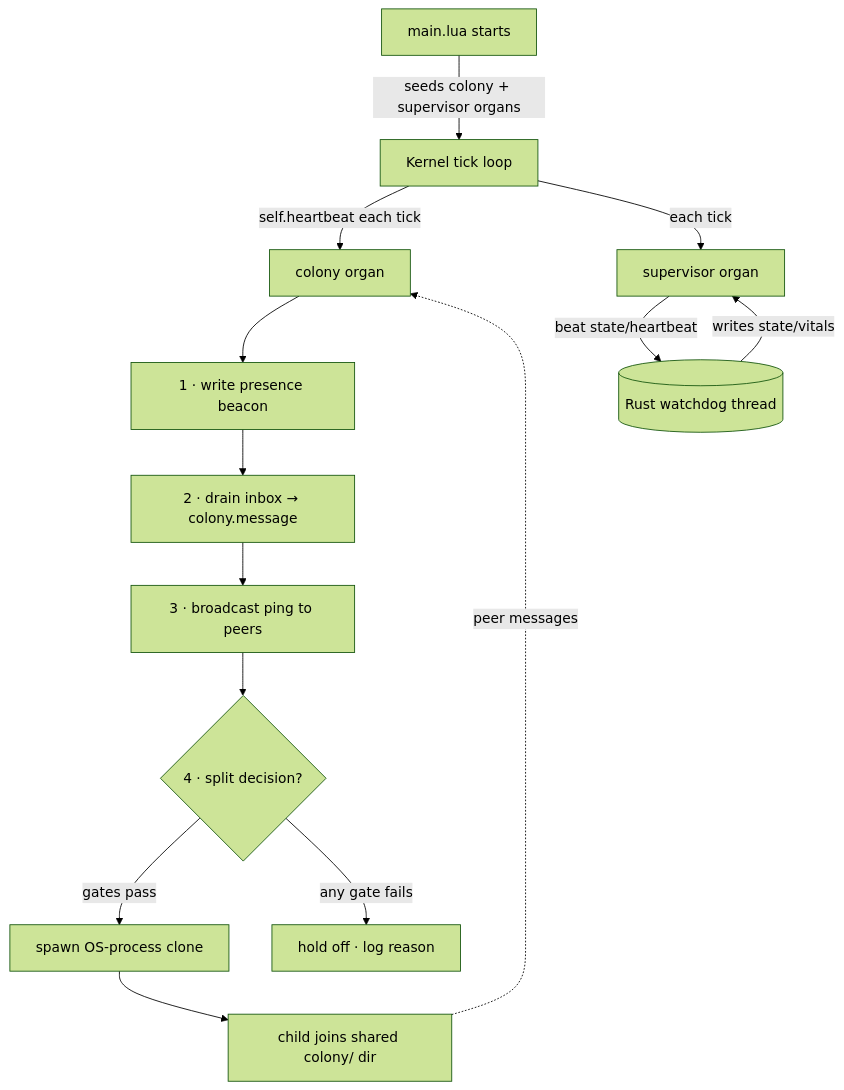
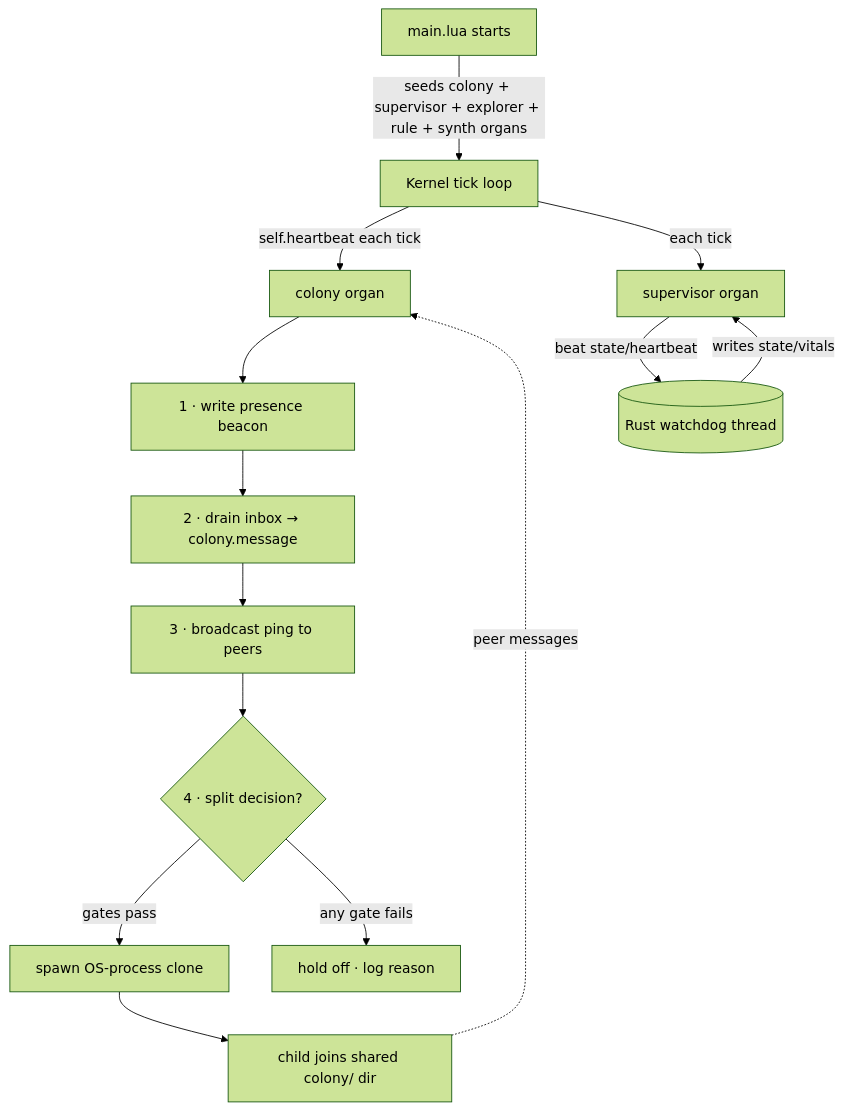
One commit to yasinyaman/evolua changed the first of 2 diagrams in README.md. Above: the diagram before and after it, drawn with Mermaid (forest theme). The commit also changed other lines of this file and 12 other files, not shown here.

````diff
--- a/README.md
+++ b/README.md
@@ -83,16 +83,16 @@
 ```mermaid
 flowchart TD
-  A[main.lua starts] -->|seeds colony + supervisor organs| B[Kernel tick loop]
+  A[main.lua starts] -->|seeds colony + supervisor + explorer + rule + synth organs| B[Kernel tick loop]
   B -->|self.heartbeat each tick| C[colony organ]
   C --> C1[1 · write presence beacon]
   C1 --> C2[2 · drain inbox → colony.message]
   C2 --> C3[3 · broadcast ping to peers]
   C3 --> D{4 · split decision?}
   D -->|gates pass| E[spawn OS-process clone]
   D -->|any gate fails| F[hold off · log reason]
   E --> G[child joins shared colony/ dir]
   G -. peer messages .-> C
   B -->|each tick| H[supervisor organ]
   H -->|beat state/heartbeat| I[(Rust watchdog thread)]
   I -->|writes state/vitals| H
 ```
````
